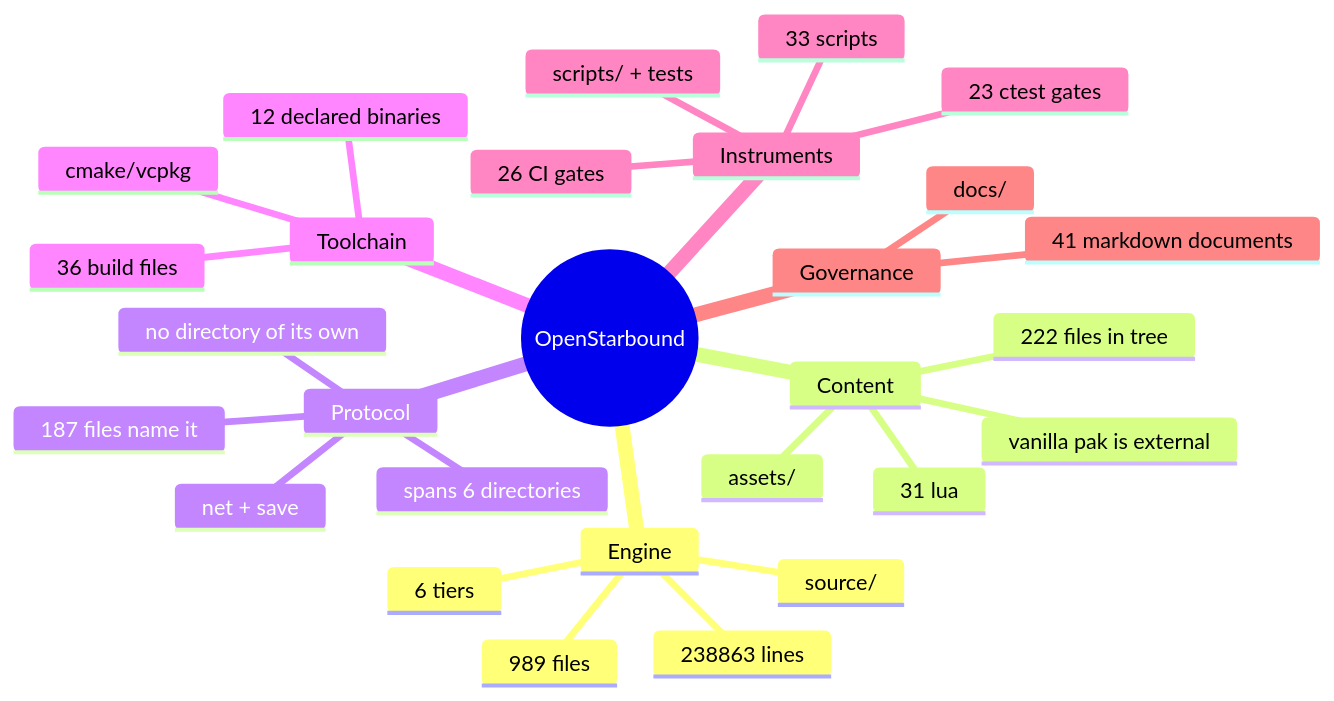
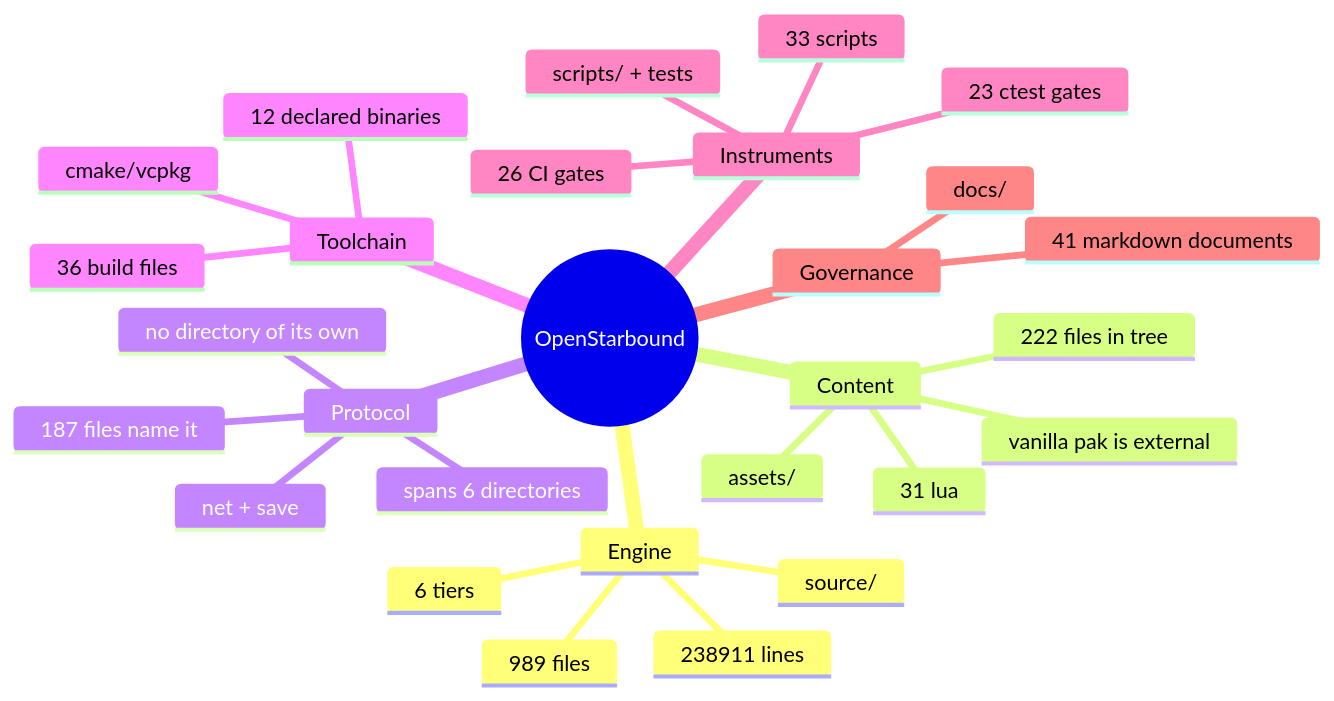
The second of 11 diagrams in docs/architecture/system-boundaries.md (apnex/OpenStarbound), drawn with Mermaid before and after one commit. The commit also changed other lines of this file and 1 other file, not shown here.

````diff
--- a/docs/architecture/system-boundaries.md
+++ b/docs/architecture/system-boundaries.md
@@ -166,31 +166,31 @@
 ```mermaid
 mindmap
   root((OpenStarbound))
     Engine
       source/
       989 files
-      238863 lines
+      238911 lines
       6 tiers
     Content
       assets/
       222 files in tree
       31 lua
       vanilla pak is external
     Protocol
       net + save
       187 files name it
       spans 6 directories
       no directory of its own
     Toolchain
       cmake/vcpkg
       36 build files
       12 declared binaries
     Instruments
       scripts/ + tests
       33 scripts
       23 ctest gates
       26 CI gates
     Governance
       docs/
       41 markdown documents
 ```
````
